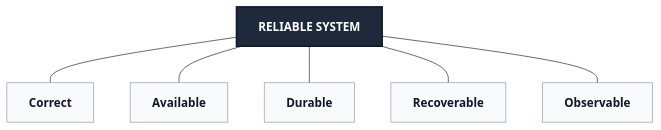
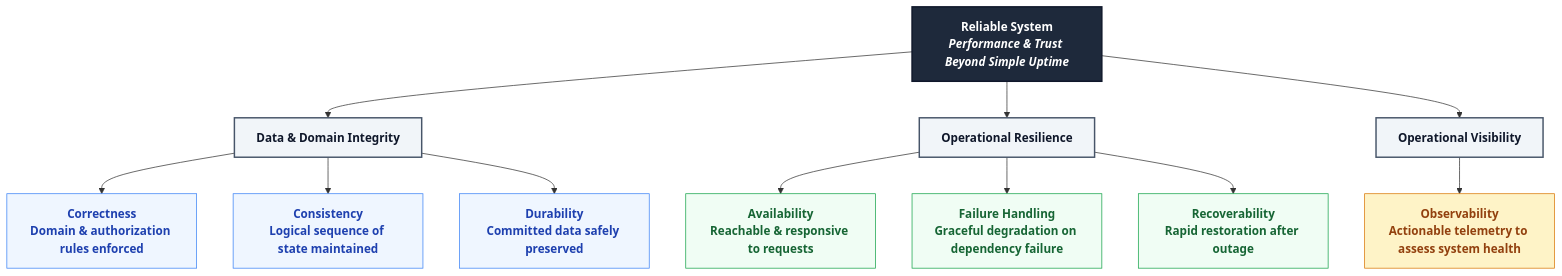
One commit to davidalbertstark-lab/Lenar changed the second of 4 diagrams in docs/architecture/11-Performance-Reliability.md. Above: the diagram before and after it, drawn with Mermaid. The commit also changed other lines of this file and 28 other files, not shown here.

Commit message:
docs: system-wide diagram redesign for first-instance comprehension

````diff
--- a/docs/architecture/11-Performance-Reliability.md
+++ b/docs/architecture/11-Performance-Reliability.md
@@ -103,22 +103,24 @@
 ```mermaid
 flowchart TD
     classDef root fill:#1e293b,color:#fff,stroke:#0f172a,stroke-width:2px,font-weight:bold
-    classDef property fill:#f8fafc,stroke:#94a3b8,stroke-width:1px,color:#0f172a,font-weight:bold
+    classDef pillar fill:#f1f5f9,stroke:#475569,stroke-width:2px,color:#0f172a,font-weight:bold
+    classDef integrity fill:#eff6ff,stroke:#3b82f6,stroke-width:1px,color:#1e40af
+    classDef resilience fill:#f0fdf4,stroke:#16a34a,stroke-width:1px,color:#166534
+    classDef visibility fill:#fef3c7,stroke:#d97706,stroke-width:1px,color:#92400e
 
-    RS[RELIABLE SYSTEM]
-    
-    C[Correct]
-    A[Available]
-    D[Durable]
-    R[Recoverable]
-    O[Observable]
-    
-    RS --- C
-    RS --- A
-    RS --- D
-    RS --- R
-    RS --- O
-    
-    class RS root;
-    class C,A,D,R,O property;
+    RS["<b>Reliable System</b><br/><i>Performance & Trust Beyond Simple Uptime</i>"]:::root
+
+    RS --> P1["<b>Data & Domain Integrity</b>"]:::pillar
+    RS --> P2["<b>Operational Resilience</b>"]:::pillar
+    RS --> P3["<b>Operational Visibility</b>"]:::pillar
+
+    P1 --> C["<b>Correctness</b><br/>Domain & authorization rules enforced"]:::integrity
+    P1 --> CS["<b>Consistency</b><br/>Logical sequence of state maintained"]:::integrity
+    P1 --> D["<b>Durability</b><br/>Committed data safely preserved"]:::integrity
+
+    P2 --> A["<b>Availability</b><br/>Reachable & responsive to requests"]:::resilience
+    P2 --> FH["<b>Failure Handling</b><br/>Graceful degradation on dependency failure"]:::resilience
+    P2 --> REC["<b>Recoverability</b><br/>Rapid restoration after outage"]:::resilience
+
+    P3 --> O["<b>Observability</b><br/>Actionable telemetry to assess system health"]:::visibility
 ```
````
